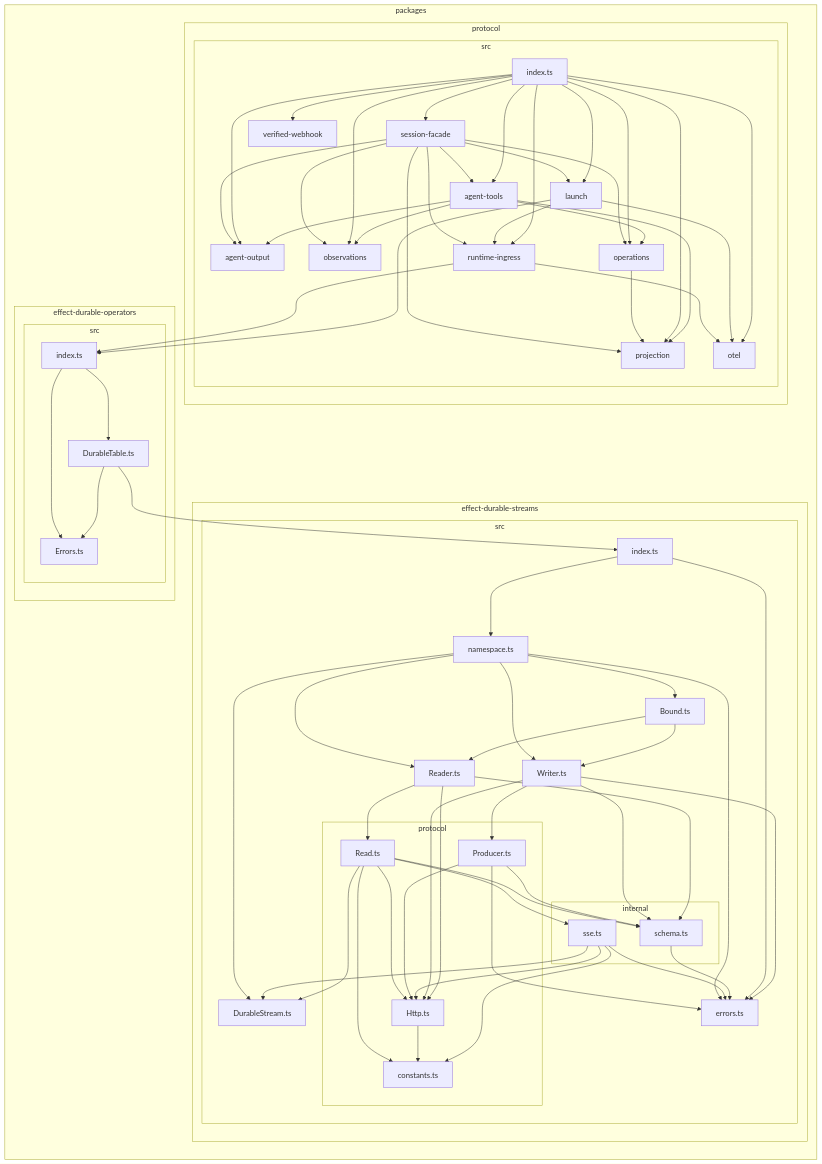
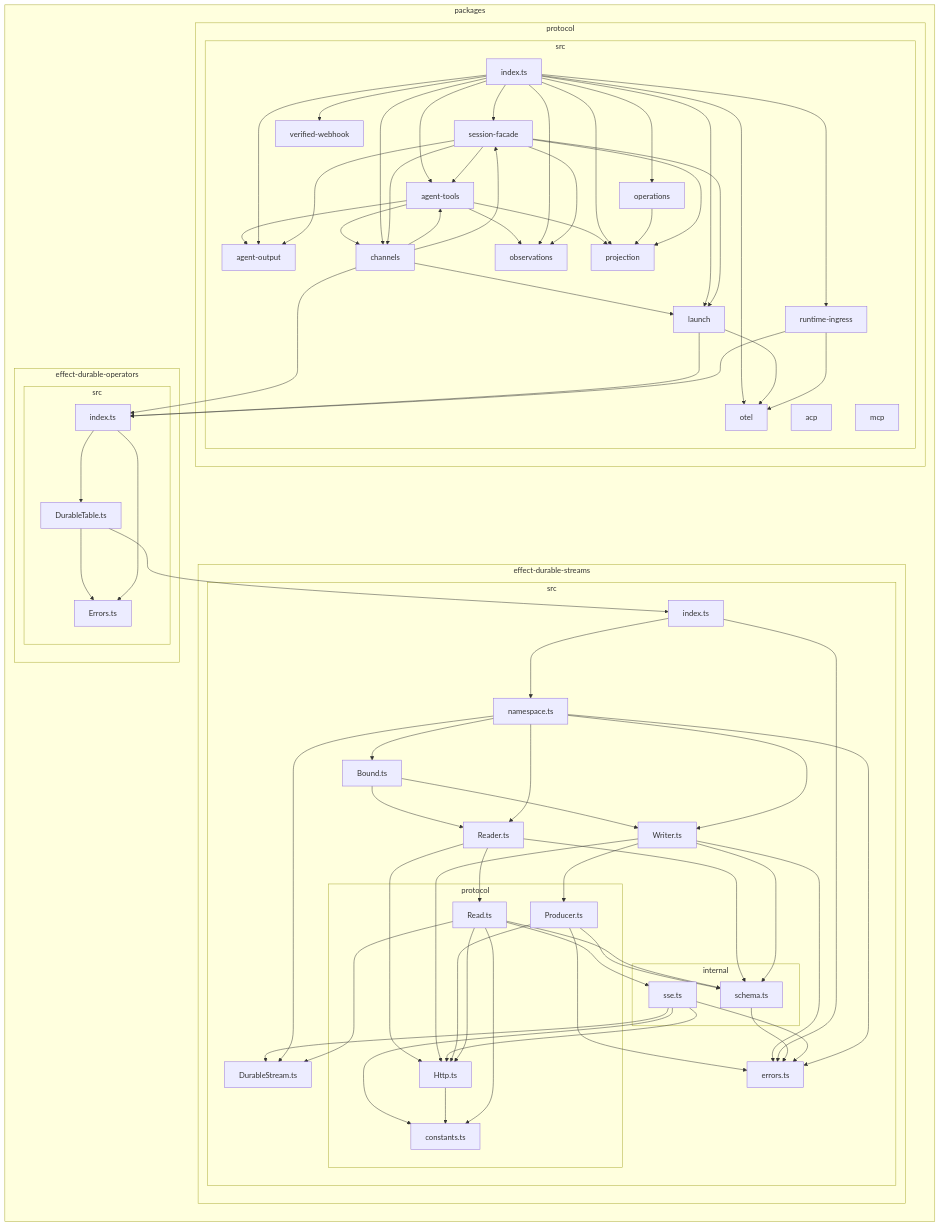
One commit to gurdasnijor/firegrid changed the diagram in docs/dependency-graph-protocol.mmd. Above: the diagram before and after it, drawn with Mermaid. The commit also changed 7 other files, not shown here.

First line of the commit message:
docs(arch): refresh dependency-graph visualizations + add runtime structure map; fix arch tooling

```diff
--- a/docs/dependency-graph-protocol.mmd
+++ b/docs/dependency-graph-protocol.mmd
@@ -1,108 +1,114 @@
 flowchart LR
 
 subgraph 0["packages"]
 subgraph 1["effect-durable-operators"]
 subgraph 2["src"]
 3["DurableTable.ts"]
 4["Errors.ts"]
 5["index.ts"]
 end
 end
 subgraph 6["effect-durable-streams"]
 subgraph 7["src"]
 8["Bound.ts"]
 9["DurableStream.ts"]
 A["Reader.ts"]
 B["Writer.ts"]
 C["errors.ts"]
 D["index.ts"]
 subgraph E["internal"]
 F["schema.ts"]
 G["sse.ts"]
 end
 H["namespace.ts"]
 subgraph I["protocol"]
 J["Http.ts"]
 K["Producer.ts"]
 L["Read.ts"]
 M["constants.ts"]
 end
 end
 end
 subgraph N["protocol"]
 subgraph O["src"]
-P["agent-output"]
-Q["agent-tools"]
-R["index.ts"]
-S["launch"]
-T["observations"]
-U["operations"]
-V["otel"]
-W["projection"]
-X["runtime-ingress"]
-Y["session-facade"]
-Z["verified-webhook"]
+P["acp"]
+Q["agent-output"]
+R["agent-tools"]
+S["channels"]
+T["index.ts"]
+U["launch"]
+V["mcp"]
+W["observations"]
+X["operations"]
+Y["otel"]
+Z["projection"]
+10["runtime-ingress"]
+11["session-facade"]
+12["verified-webhook"]
 end
 end
 end
 3-->4
 3-->D
 5-->3
 5-->4
 8-->A
 8-->B
 A-->F
 A-->J
 A-->L
 B-->C
 B-->F
 B-->J
 B-->K
 D-->C
 D-->H
 F-->C
 G-->9
 G-->C
 G-->M
 G-->J
 H-->8
 H-->9
 H-->C
 H-->A
 H-->B
 J-->M
 K-->C
 K-->F
 K-->J
 L-->9
 L-->F
 L-->G
 L-->M
 L-->J
-Q-->P
-Q-->T
-Q-->U
-Q-->W
-R-->P
 R-->Q
 R-->S
-R-->T
-R-->U
-R-->V
 R-->W
-R-->X
-R-->Y
 R-->Z
-S-->V
+S-->R
+S-->U
+S-->11
 S-->5
-S-->X
-U-->W
-X-->V
-X-->5
-Y-->P
-Y-->Q
-Y-->T
-Y-->U
-Y-->X
-Y-->S
-Y-->W
+T-->Q
+T-->R
+T-->S
+T-->U
+T-->W
+T-->X
+T-->Y
+T-->Z
+T-->10
+T-->11
+T-->12
+U-->Y
+U-->5
+X-->Z
+10-->Y
+10-->5
+11-->Q
+11-->R
+11-->U
+11-->W
+11-->Z
+11-->S
```
